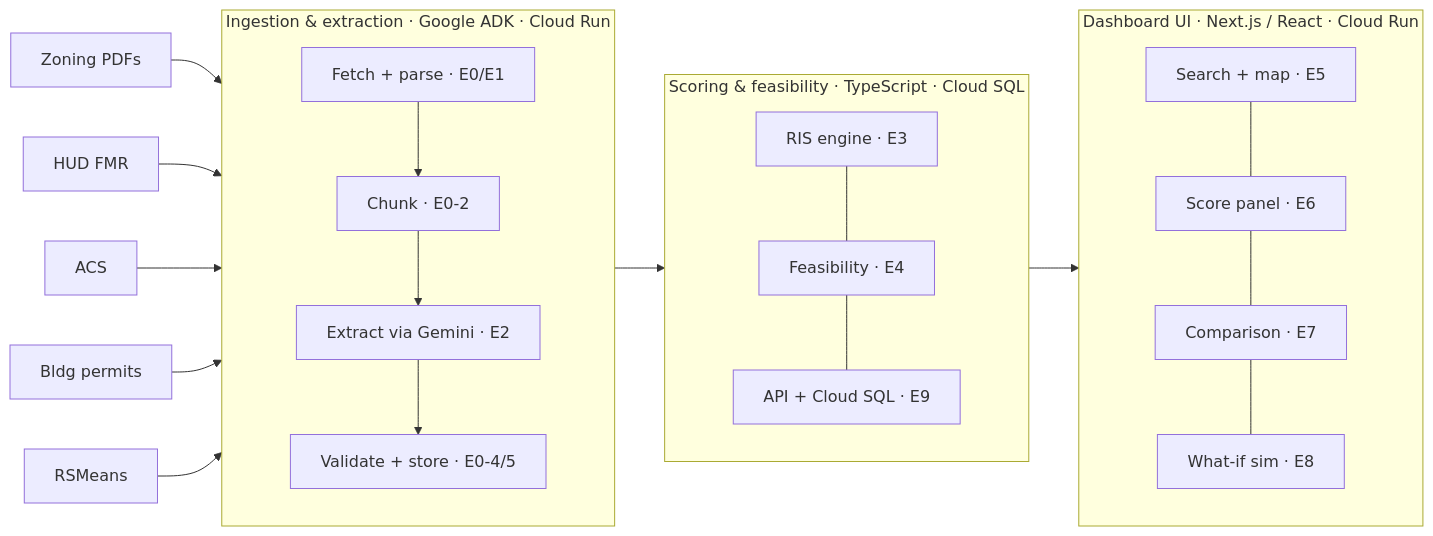
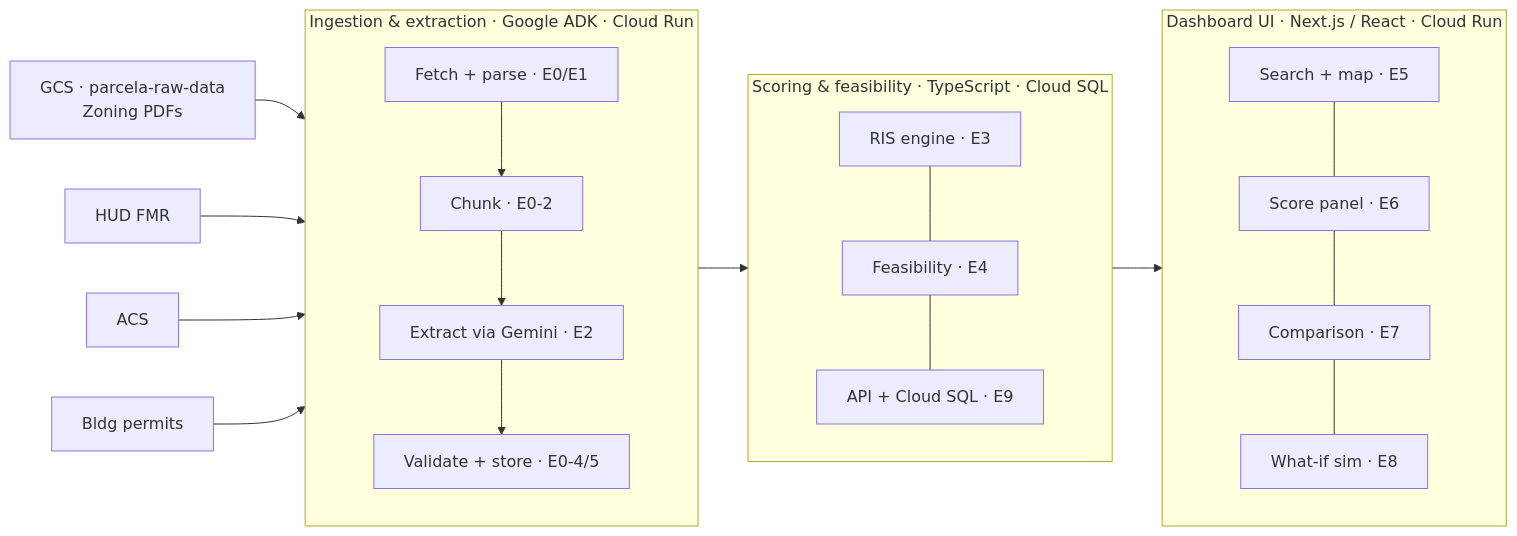
Before and after one commit to excellaco/act-iac-ai-hackathon: the diagram in docs/ARCHITECTURE.md, drawn with Mermaid. The commit also changed other lines of this file and 2 other files, not shown here.

Commit message:
Update docs to reflect GCS storage and Terraform IaC
- ARCHITECTURE.md: replace RSMeans/local PDF source with GCS node in
  diagram; update data sources description; add GCS and Terraform to
  key decisions table
- BACKLOG.md: update E1-1 acceptance criteria for GCS; add E1-1a
  (download + upload PDFs) and E9-9 (GCS bucket + infra workflow)
- README.md: add infra/ and scripts/ to project structure; add GCS
  and Terraform rows to stack table

````diff
--- a/docs/ARCHITECTURE.md
+++ b/docs/ARCHITECTURE.md
@@ -5,29 +5,27 @@
 ```mermaid
 flowchart LR
-  Z["Zoning PDFs"]
+  GCS["GCS · parcela-raw-data\nZoning PDFs"]
   F["HUD FMR"]
   A["ACS"]
   B["Bldg permits"]
-  R["RSMeans"]
 
   subgraph PIPE["Ingestion & extraction · Google ADK · Cloud Run"]
     P1["Fetch + parse · E0/E1"] --> P2["Chunk · E0-2"] --> P3["Extract via Gemini · E2"] --> P4["Validate + store · E0-4/5"]
   end
 
   subgraph UI["Dashboard UI · Next.js / React · Cloud Run"]
     U1["Search + map · E5"] --- U2["Score panel · E6"] --- U3["Comparison · E7"] --- U4["What-if sim · E8"]
   end
 
   subgraph SCORE["Scoring & feasibility · TypeScript · Cloud SQL"]
     S1["RIS engine · E3"] --- S2["Feasibility · E4"] --- S3["API + Cloud SQL · E9"]
   end
 
-  Z --> PIPE
+  GCS --> PIPE
   F --> PIPE
   A --> PIPE
   B --> PIPE
-  R --> PIPE
 
   PIPE --> SCORE
   SCORE --> UI
 ```
````
